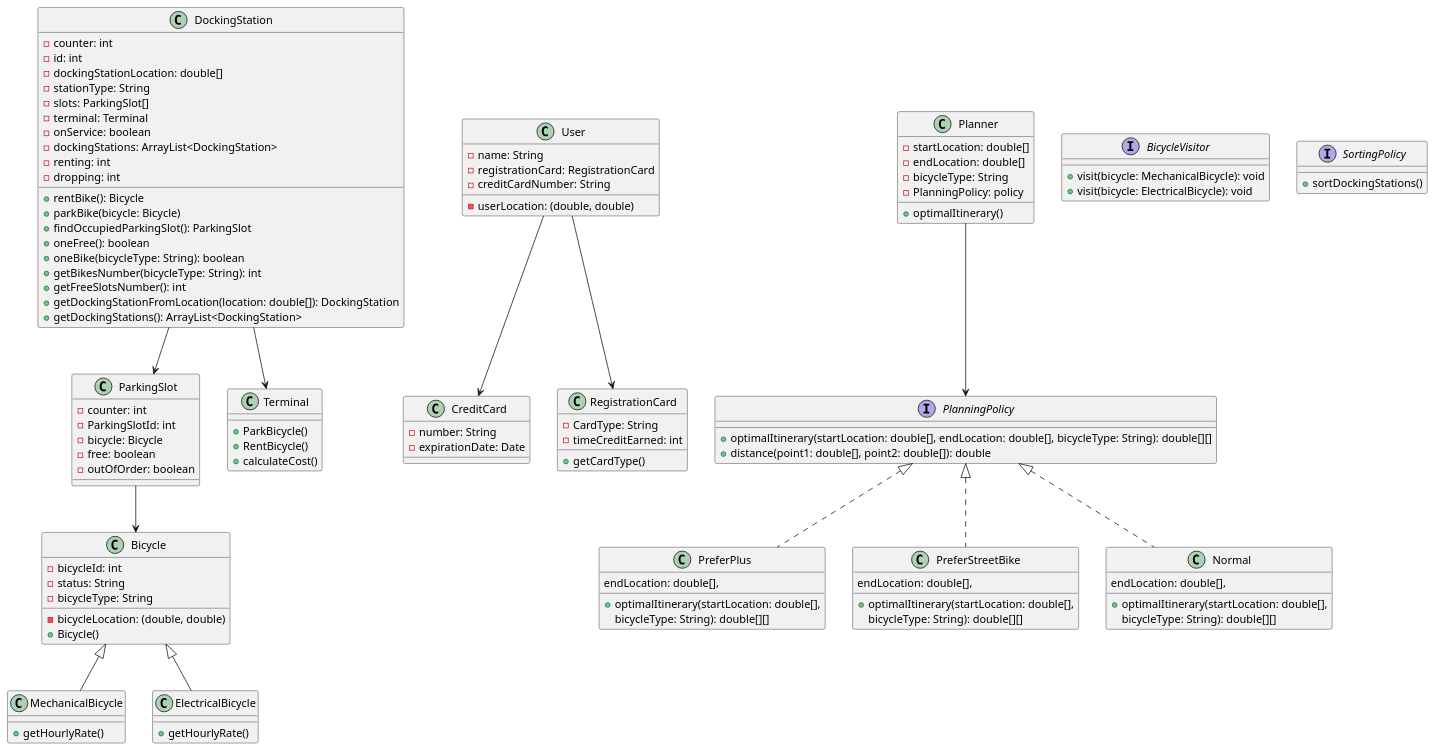
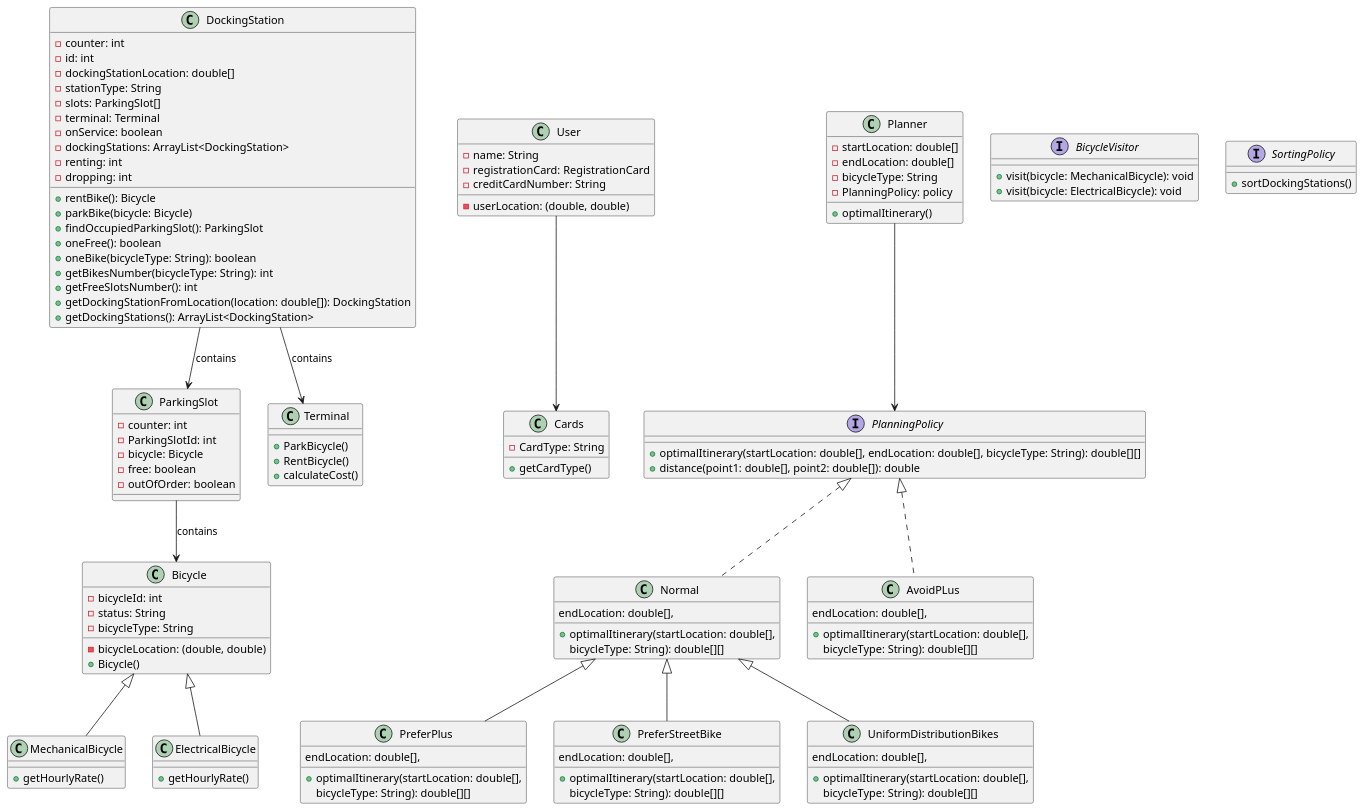
One commit to louislhotte/myVelib changed the diagram in src/main/java/fr/cs/GroupNN/myVelib/UML.puml. Above: the diagram before and after it, drawn with PlantUML. The commit also changed 2 other files, not shown here.

```diff
--- a/src/main/java/fr/cs/GroupNN/myVelib/UML.puml
+++ b/src/main/java/fr/cs/GroupNN/myVelib/UML.puml
@@ -1,121 +1,125 @@
 @startuml
  class DockingStation {
         - counter: int
         - id: int
         - dockingStationLocation: double[]
         - stationType: String
         - slots: ParkingSlot[]
         - terminal: Terminal
         - onService: boolean
         - dockingStations: ArrayList<DockingStation>
         - renting: int
         - dropping: int
 
         + rentBike(): Bicycle
         + parkBike(bicycle: Bicycle)
         + findOccupiedParkingSlot(): ParkingSlot
         + oneFree(): boolean
         + oneBike(bicycleType: String): boolean
         + getBikesNumber(bicycleType: String): int
         + getFreeSlotsNumber(): int
         + getDockingStationFromLocation(location: double[]): DockingStation
         + getDockingStations(): ArrayList<DockingStation>
     }
 
 class ParkingSlot {
      - counter: int
      - ParkingSlotId: int
      - bicycle: Bicycle
      - free: boolean
      - outOfOrder: boolean
 }
 
 class Bicycle {
     - bicycleId: int
     - bicycleLocation: (double, double)
     - status: String
     - bicycleType: String
     + Bicycle()
 }
 
 class MechanicalBicycle extends Bicycle {
     + getHourlyRate()
 }
 
 class ElectricalBicycle extends Bicycle {
 + getHourlyRate()
 }
 
 class User {
     - name: String
     - userLocation: (double, double)
     - registrationCard: RegistrationCard
     - creditCardNumber: String
 }
 
-class CreditCard {
-    - number: String
-    - expirationDate: Date
-}
 
-class RegistrationCard {
+class Cards {
     - CardType: String
-    - timeCreditEarned: int
     + getCardType()
 }
 
 class Terminal {
     + ParkBicycle()
     + RentBicycle()
     + calculateCost()
 }
 
 class Planner {
 -startLocation: double[]
 -endLocation: double[]
 -bicycleType: String
 -PlanningPolicy: policy
 +optimalItinerary()
 }
 
 interface PlanningPolicy {
         +optimalItinerary(startLocation: double[], endLocation: double[], bicycleType: String): double[][]
         +distance(point1: double[], point2: double[]): double
 }
 
-class PreferPlus implements PlanningPolicy {
+class PreferPlus extends Normal {
         + optimalItinerary(startLocation: double[],
         endLocation: double[],
         bicycleType: String): double[][]
 }
 
-class PreferStreetBike implements PlanningPolicy {
+class PreferStreetBike extends Normal {
         + optimalItinerary(startLocation: double[],
         endLocation: double[],
         bicycleType: String): double[][]
     }
 
+class AvoidPLus implements PlanningPolicy {
++ optimalItinerary(startLocation: double[],
+        endLocation: double[],
+        bicycleType: String): double[][]
+}
 
 class Normal implements PlanningPolicy {
         + optimalItinerary(startLocation: double[],
         endLocation: double[],
         bicycleType: String): double[][]
     }
 
 interface BicycleVisitor {
         + visit(bicycle: MechanicalBicycle): void
         + visit(bicycle: ElectricalBicycle): void
     }
 
 interface SortingPolicy {
 +sortDockingStations()
 }
 
+class UniformDistributionBikes extends Normal {
++ optimalItinerary(startLocation: double[],
+        endLocation: double[],
+        bicycleType: String): double[][]
+}
 
 Planner --> PlanningPolicy
-DockingStation --> ParkingSlot
-DockingStation --> Terminal
-ParkingSlot --> Bicycle
-User --> CreditCard
-User --> RegistrationCard
+DockingStation --> ParkingSlot : contains
+DockingStation --> Terminal : contains
+ParkingSlot --> Bicycle : contains
+User --> Cards
 @enduml
```
